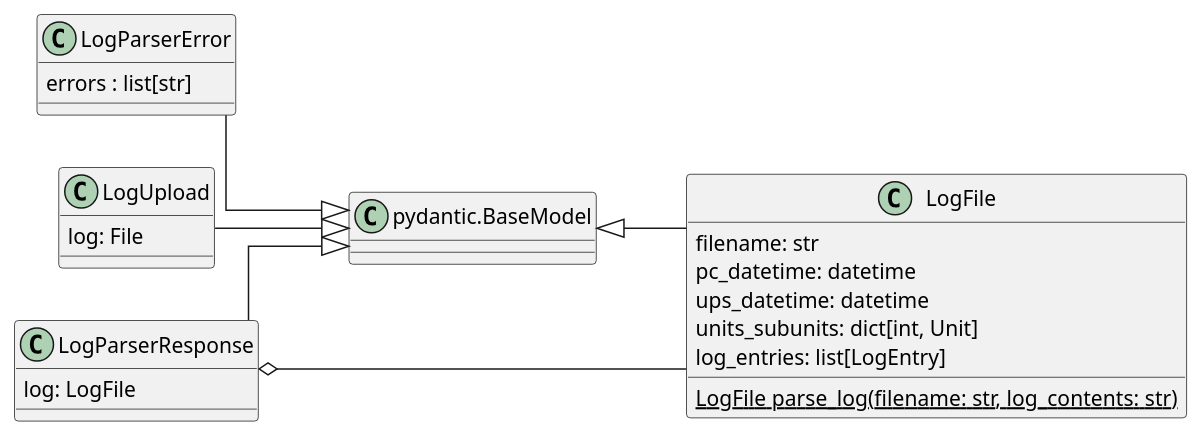
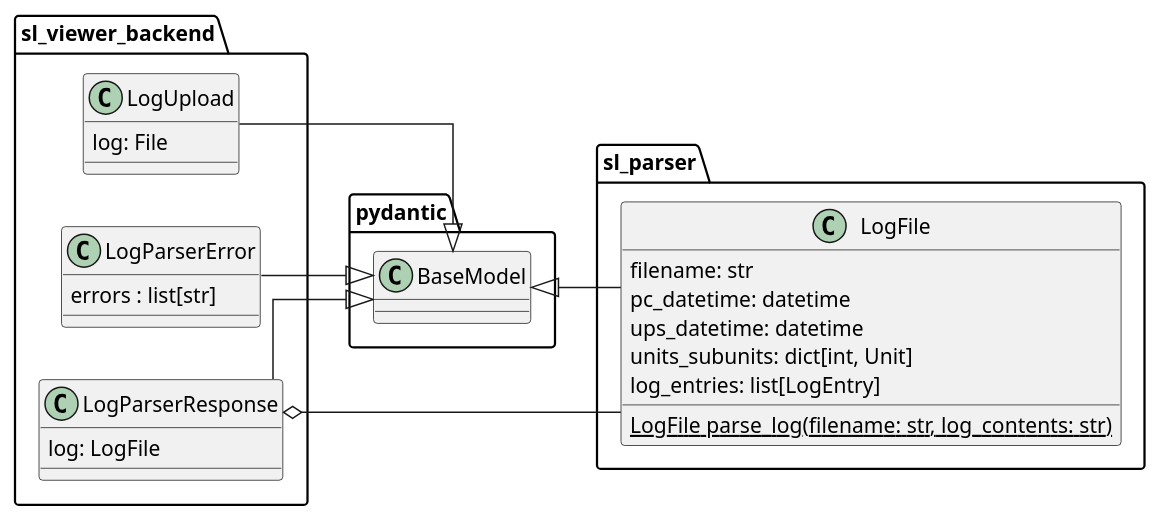
One commit to sevenelevendevunipd/docs changed the second of 13 diagrams in allegato_tecnico.md. Above: the diagram before and after it, drawn with PlantUML. The commit also changed other lines of this file and 1 other file, not shown here.

Commit message:
Aggiornamento Allegato Tecnico per nuovo backend (#48)

````diff
--- a/allegato_tecnico.md
+++ b/allegato_tecnico.md
@@ -223,36 +227,42 @@
 ```{ .plantuml caption="Class Diagram SLViewer backend"}
 @startuml
 set namespaceSeparator none
 left to right direction
 skinparam linetype ortho
 
-class "pydantic.BaseModel" as BaseModel
-
-class LogFile {
-  filename: str
-  pc_datetime: datetime
-  ups_datetime: datetime
-  units_subunits: dict[int, Unit]
-  log_entries: list[LogEntry]
-  {static} LogFile parse_log(filename: str, log_contents: str)
+package "pydantic" {
+  class "BaseModel" as BaseModel
 }
 
-class LogParserError {
-  errors : list[str]
+package "sl_parser" {
+  class LogFile {
+    filename: str
+    pc_datetime: datetime
+    ups_datetime: datetime
+    units_subunits: dict[int, Unit]
+    log_entries: list[LogEntry]
+    {static} LogFile parse_log(filename: str, log_contents: str)
+  }
 }
 
-class LogParserResponse {
-  log: LogFile
-}
-class LogUpload {
-  log: File
+package "sl_viewer_backend" {
+  class LogParserError {
+    errors : list[str]
+  }
+  
+  class LogParserResponse {
+    log: LogFile
+  }
+  class LogUpload {
+    log: File
+  }
 }
 
 
 LogFile -u-|> BaseModel
 LogUpload --|> BaseModel
 LogParserError --|> BaseModel
 LogParserResponse --|> BaseModel
 LogParserResponse o-- LogFile
 @enduml
 ```
````
